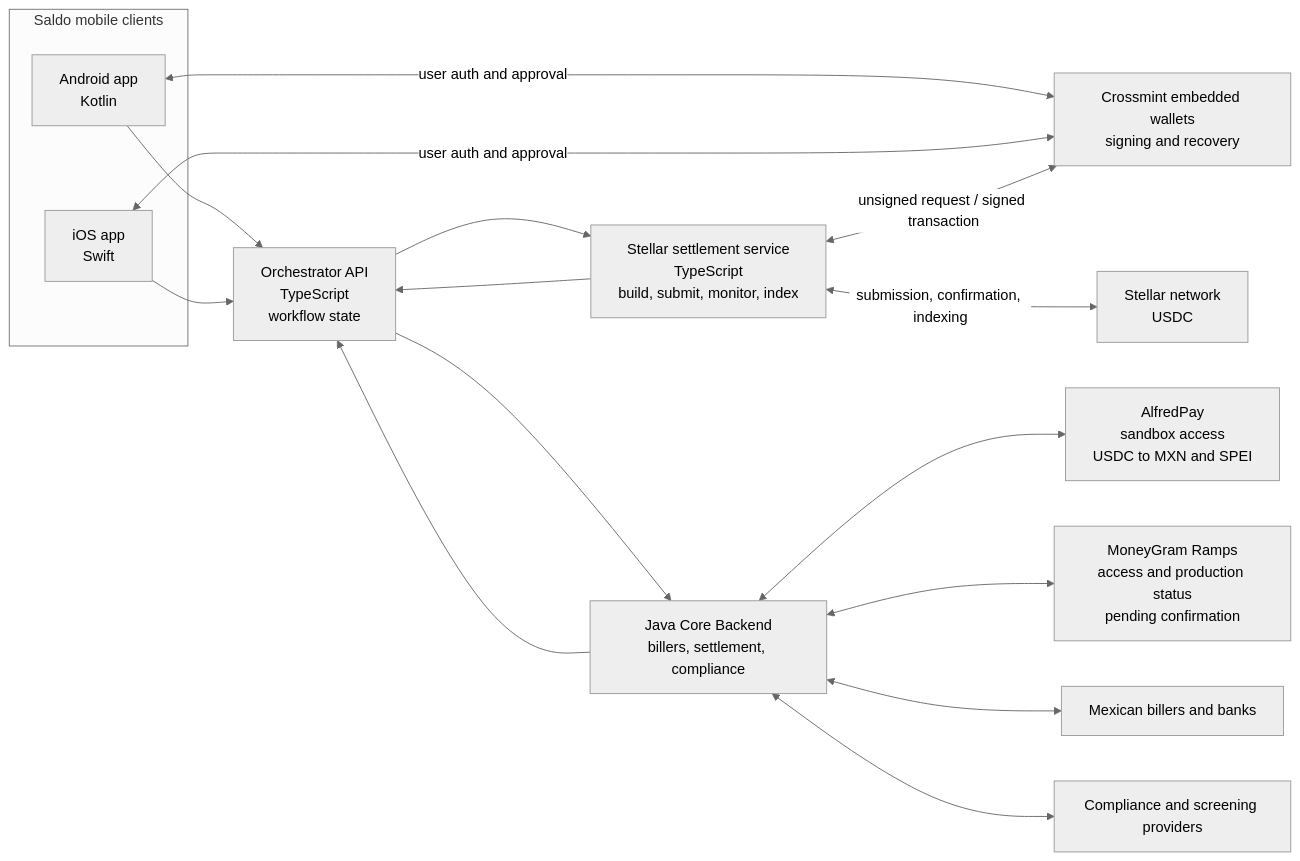
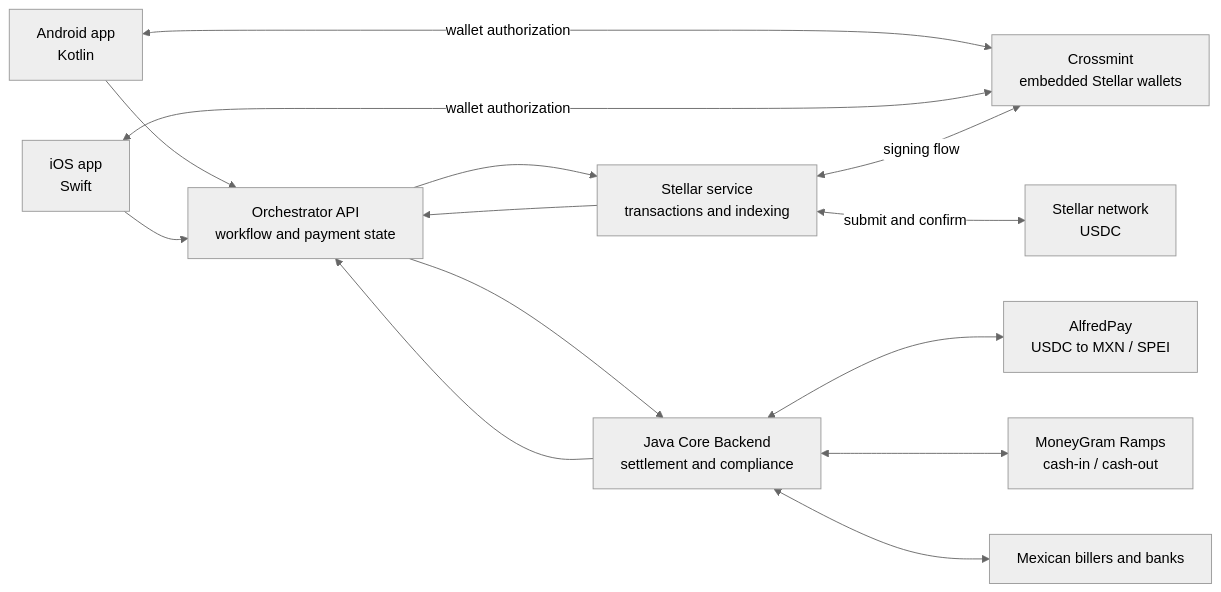
Before and after one commit to unfodl/saldo_architecture: the diagram in README.md, drawn with Mermaid (neutral theme). The commit also changed other lines of this file, not shown here.

Commit message:
Simplify architecture overview

````diff
--- a/README.md
+++ b/README.md
@@ -24,32 +13,27 @@
 ```mermaid
 flowchart LR
-    subgraph Mobile[Saldo mobile clients]
-        Android[Android app<br/>Kotlin]
-        iOS[iOS app<br/>Swift]
-    end
+    Android[Android app<br/>Kotlin]
+    iOS[iOS app<br/>Swift]
+    Crossmint[Crossmint<br/>embedded Stellar wallets]
+    Orchestrator[Orchestrator API<br/>workflow and payment state]
+    StellarSvc[Stellar service<br/>transactions and indexing]
+    Core[Java Core Backend<br/>settlement and compliance]
+    Stellar[Stellar network<br/>USDC]
+    Alfred[AlfredPay<br/>USDC to MXN / SPEI]
+    MoneyGram[MoneyGram Ramps<br/>cash-in / cash-out]
+    Billers[Mexican billers and banks]
 
-    Crossmint[Crossmint embedded wallets<br/>signing and recovery]
-    Orchestrator[Orchestrator API<br/>TypeScript<br/>workflow state]
-    StellarSvc[Stellar settlement service<br/>TypeScript<br/>build, submit, monitor, index]
-    Core[Java Core Backend<br/>billers, settlement, compliance]
-    Stellar[Stellar network<br/>USDC]
-    Alfred[AlfredPay<br/>sandbox access<br/>USDC to MXN and SPEI]
-    MoneyGram[MoneyGram Ramps<br/>access and production status<br/>pending confirmation]
-    Billers[Mexican billers and banks]
-    Compliance[Compliance and screening providers]
-
-    Android <-->|user auth and approval| Crossmint
-    iOS <-->|user auth and approval| Crossmint
+    Android <-->|wallet authorization| Crossmint
+    iOS <-->|wallet authorization| Crossmint
     Android --> Orchestrator
     iOS --> Orchestrator
     Orchestrator --> StellarSvc
     Orchestrator --> Core
-    StellarSvc <-->|unsigned request / signed transaction| Crossmint
-    StellarSvc <-->|submission, confirmation, indexing| Stellar
+    StellarSvc <-->|signing flow| Crossmint
+    StellarSvc <-->|submit and confirm| Stellar
     Core <--> Alfred
     Core <--> MoneyGram
     Core <--> Billers
-    Core <--> Compliance
     StellarSvc --> Orchestrator
     Core --> Orchestrator
 ```
````
